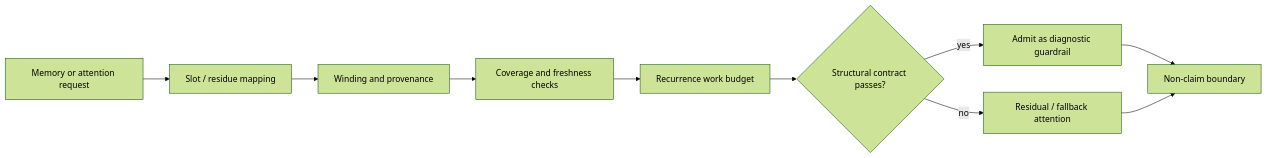
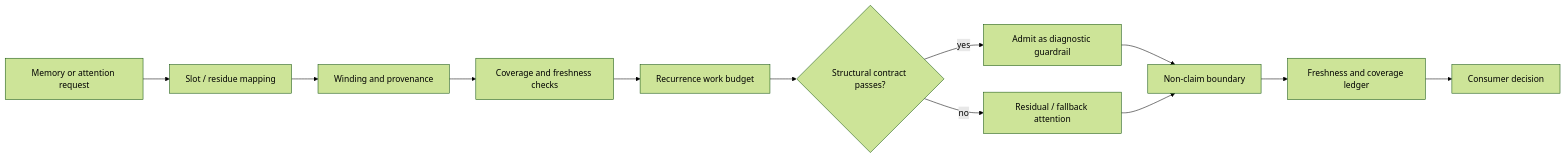
One commit to corbensorenson/asi-stack-book changed the diagram in chapters/coil-attention-cyclic-memory-and-recurrence-contracts.qmd. Above: the diagram before and after it, drawn with Mermaid (forest theme). The commit also changed 20 other files, not shown here.

Commit message:
Raise diagram substance floor

````diff
--- a/chapters/coil-attention-cyclic-memory-and-recurrence-contracts.qmd
+++ b/chapters/coil-attention-cyclic-memory-and-recurrence-contracts.qmd
@@ -106,12 +106,14 @@
 ```{mermaid}
 flowchart LR
   A["Memory or attention request"] --> B["Slot / residue mapping"]
   B --> C["Winding and provenance"]
   C --> D["Coverage and freshness checks"]
   D --> E["Recurrence work budget"]
   E --> F{"Structural contract passes?"}
   F -- "yes" --> G["Admit as diagnostic guardrail"]
   F -- "no" --> H["Residual / fallback attention"]
   G --> I["Non-claim boundary"]
   H --> I
+  I --> J["Freshness and coverage ledger"]
+  J --> K["Consumer decision"]
 ```
````
